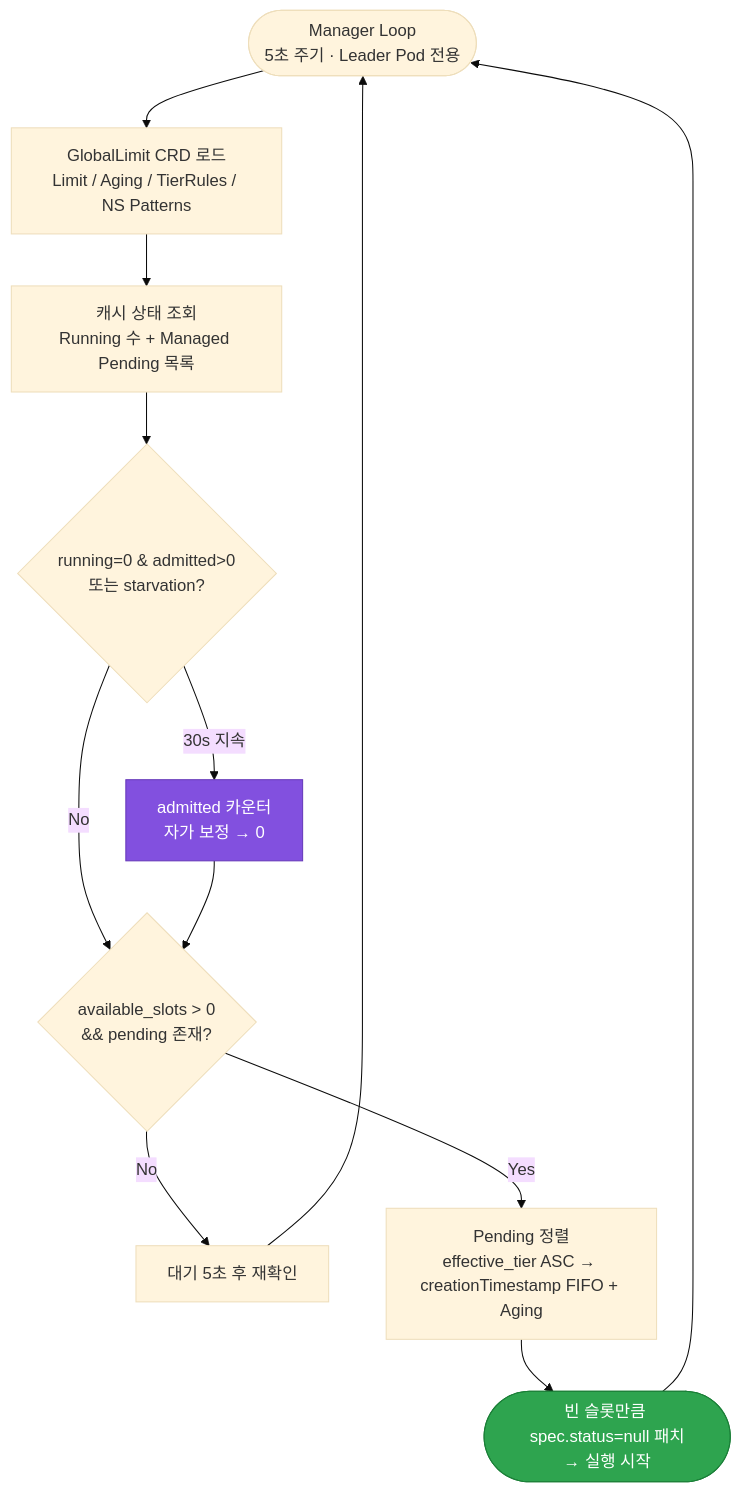
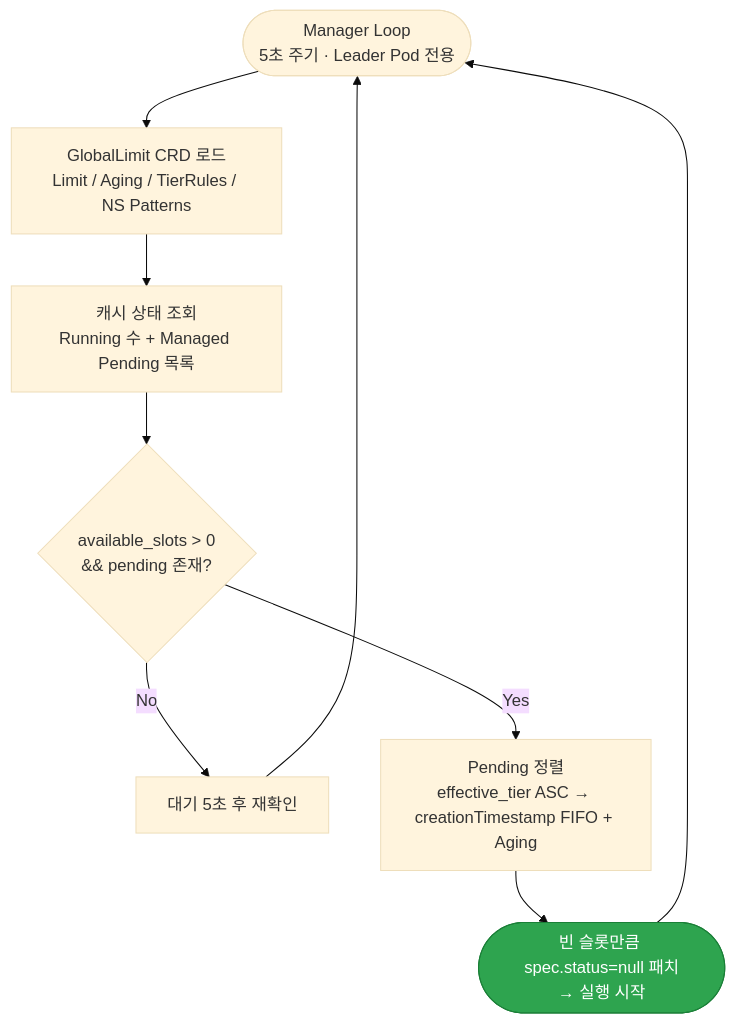
The second of 6 diagrams in README.md (wonjune95/tekton_queue_contoller), drawn with Mermaid (base theme) before and after one commit. The commit also changed other lines of this file, not shown here.

Commit message:
README: 카운터 관련 잔여 서술 정리
대기열 스케줄링 흐름도의 누수 자가 치유 분기, 아키텍처 표의 Race
Condition 설명, 프로젝트 구조 주석, 한계 절의 두 항목을 현재 구조에
맞게 고치거나 제거한다.

````diff
--- a/README.md
+++ b/README.md
@@ -125,19 +125,14 @@
 ```mermaid
 flowchart TD
     L([Manager Loop<br/>5초 주기 · Leader Pod 전용]) --> CFG[GlobalLimit CRD 로드<br/>Limit / Aging / TierRules / NS Patterns]
     CFG --> ST[캐시 상태 조회<br/>Running 수 + Managed Pending 목록]
-    ST --> SH{"running=0 &amp; admitted&gt;0<br/>또는 starvation?"}
-    SH -- "30s 지속" --> HEAL[admitted 카운터<br/>자가 보정 → 0]
-    SH -- No --> AVAIL
-    HEAL --> AVAIL{"available_slots &gt; 0<br/>&amp;&amp; pending 존재?"}
+    ST --> AVAIL{"available_slots &gt; 0<br/>&amp;&amp; pending 존재?"}
     AVAIL -- No --> WAIT[대기 5초 후 재확인]
     AVAIL -- Yes --> SORT[Pending 정렬<br/>effective_tier ASC → creationTimestamp FIFO + Aging]
     SORT --> RUN([빈 슬롯만큼 spec.status=null 패치<br/>→ 실행 시작])
     WAIT --> L
     RUN --> L
 
     classDef run fill:#2ea44f,stroke:#1a7f37,color:#fff;
-    classDef heal fill:#8250df,stroke:#6639ba,color:#fff;
     class RUN run;
-    class HEAL heal;
 ```
````
